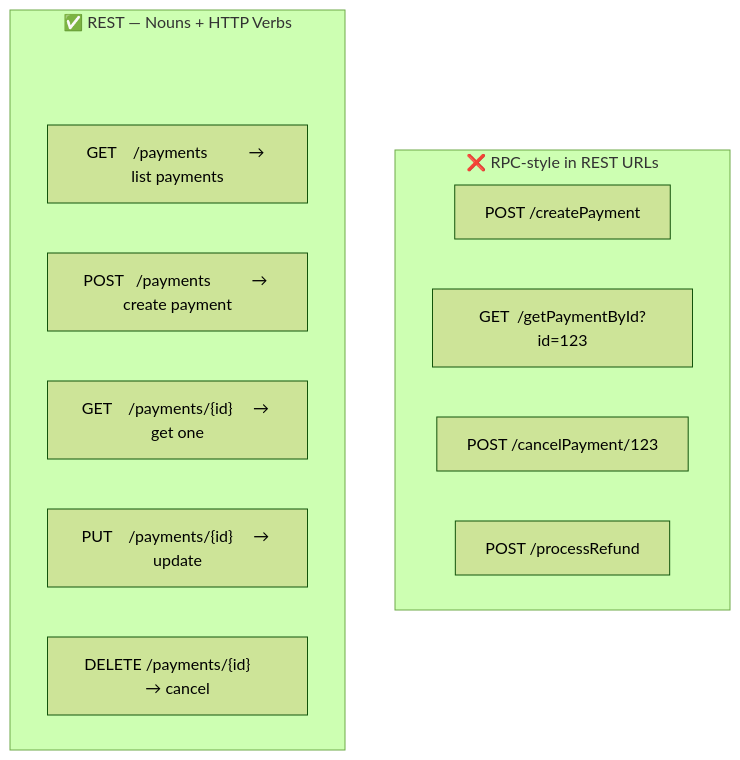
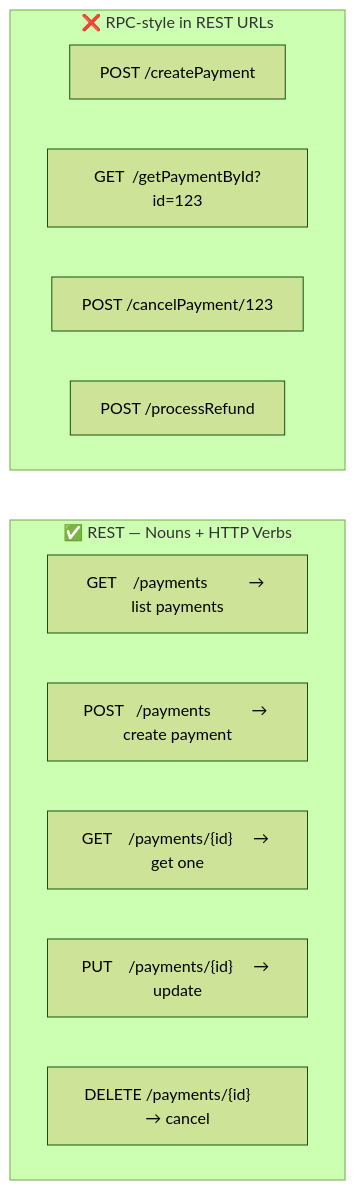
The second of 7 diagrams in internal/fundamentals/api-fundamentals/01-rest-vs-rpc.md (romangurevitch/GoTraining), drawn with Mermaid (forest theme) before and after one commit. The commit also changed other lines of this file and 20 other files, not shown here.

````diff
--- a/internal/fundamentals/api-fundamentals/01-rest-vs-rpc.md
+++ b/internal/fundamentals/api-fundamentals/01-rest-vs-rpc.md
@@ -35,20 +34,21 @@
 ```mermaid
-graph TB
+graph TD
     subgraph Bad["❌ RPC-style in REST URLs"]
+        direction LR
         B1["POST /createPayment"]
         B2["GET  /getPaymentById?id=123"]
         B3["POST /cancelPayment/123"]
         B4["POST /processRefund"]
     end
 
+    Bad ~~~ Good
+
     subgraph Good["✅ REST — Nouns + HTTP Verbs"]
-        SPACE1["  "]
+        direction LR
         G1["GET    /payments          → list payments"]
         G2["POST   /payments          → create payment"]
         G3["GET    /payments/{id}     → get one"]
         G4["PUT    /payments/{id}     → update"]
         G5["DELETE /payments/{id}     → cancel"]
     end
-
-    style SPACE1 fill:none,stroke:none
 ```
````
